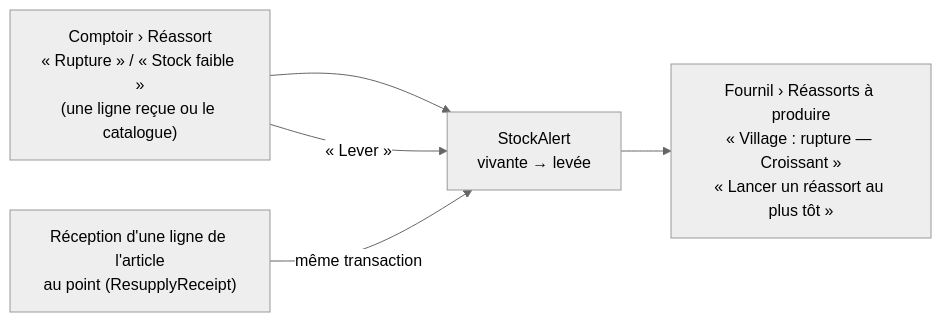
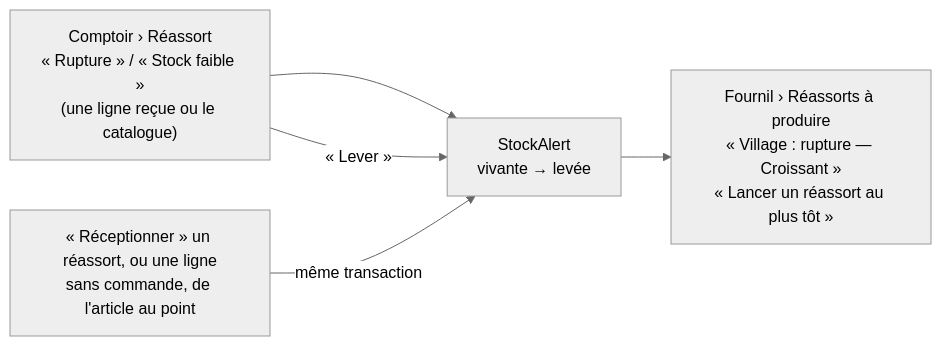
The third of 4 diagrams in documentation/reassort-boutiques/README.md (hugoheynard/lfd), drawn with Mermaid (neutral theme) before and after one commit. The commit also changed other lines of this file and 47 other files, not shown here.

First line of the commit message:
feat(reassort): R2 — réceptionner un réassort en un geste

````diff
--- a/documentation/reassort-boutiques/README.md
+++ b/documentation/reassort-boutiques/README.md
@@ -135,7 +136,7 @@
 ```mermaid
 flowchart LR
   C["Comptoir › Réassort<br/>« Rupture » / « Stock faible »<br/>(une ligne reçue ou le catalogue)"] --> A["StockAlert<br/>vivante → levée"]
   A --> F["Fournil › Réassorts à produire<br/>« Village : rupture — Croissant »<br/>« Lancer un réassort au plus tôt »"]
-  R["Réception d'une ligne de l'article<br/>au point (ResupplyReceipt)"] -->|"même transaction"| A
+  R["« Réceptionner » un réassort, ou une ligne<br/>sans commande, de l'article au point"] -->|"même transaction"| A
   C -->|"« Lever »"| A
 ```
````
